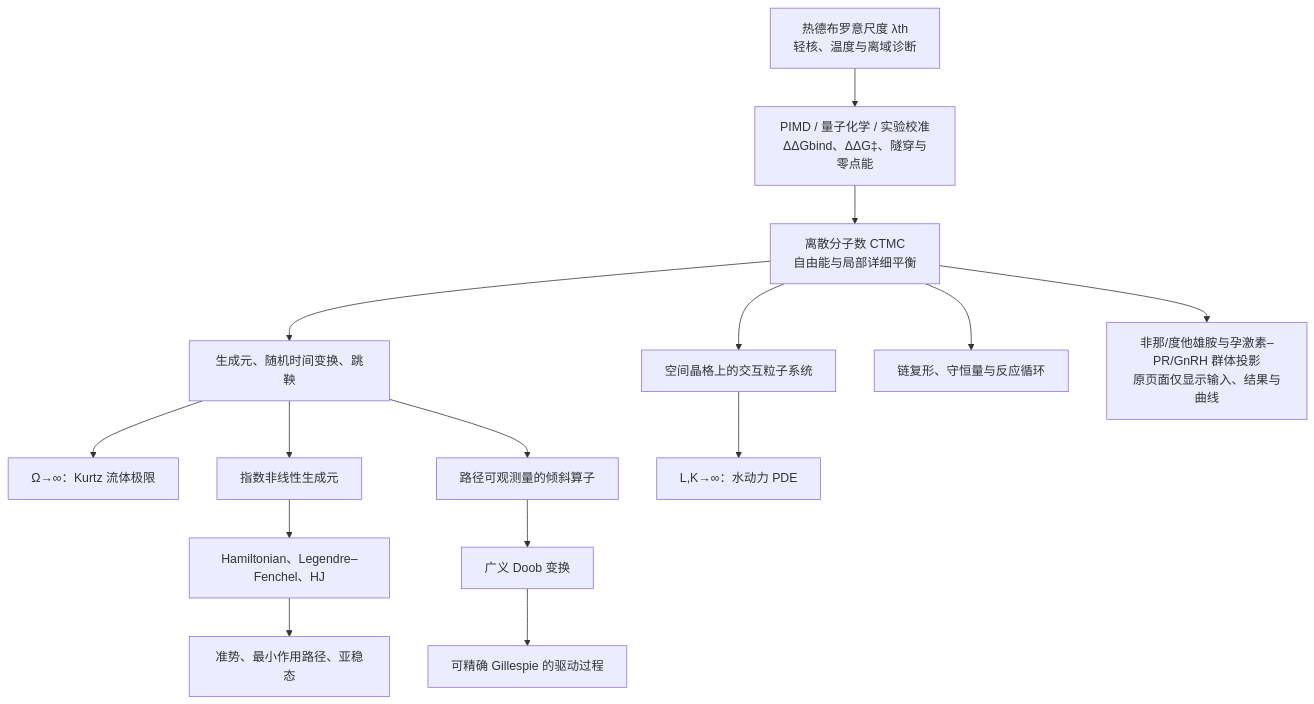
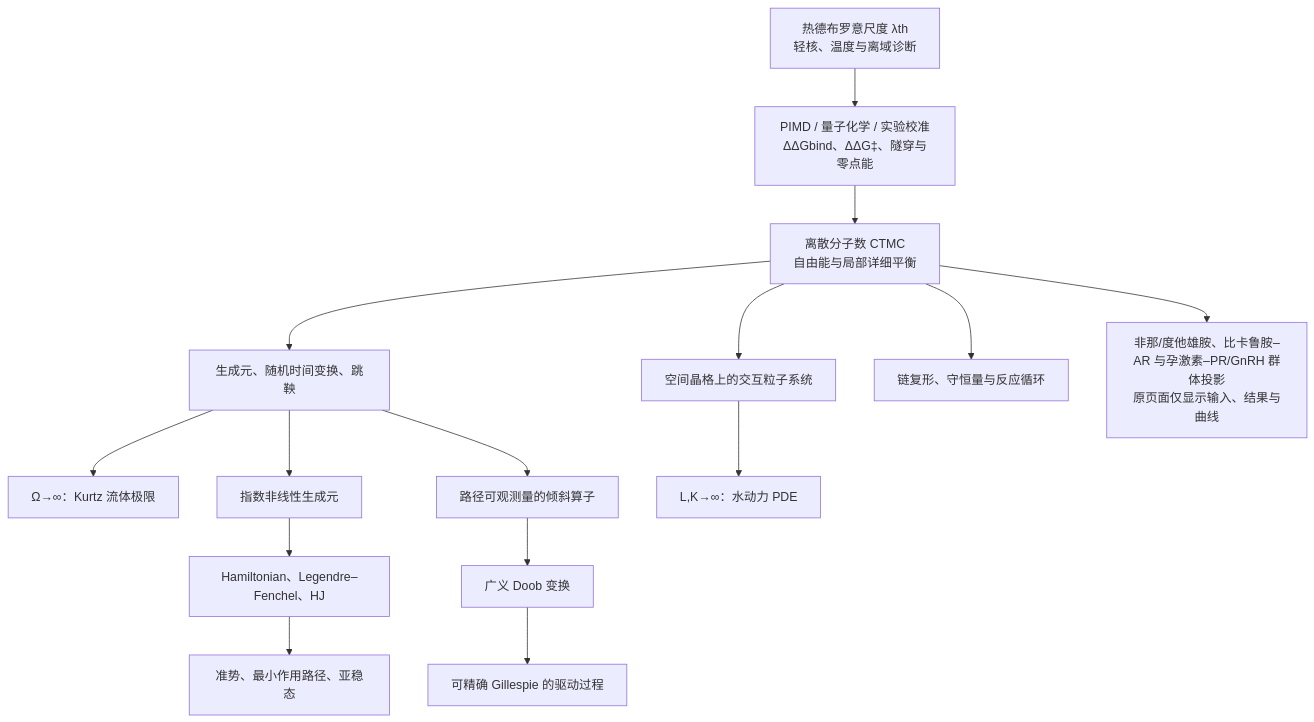
One commit to yumeminekosan/Hrt-kaffee changed the diagram in ar-kotlin/docs/FLOW_AUDIT.md. Above: the diagram before and after it, drawn with Mermaid. The commit also changed other lines of this file and 28 other files, not shown here.

````diff
--- a/ar-kotlin/docs/FLOW_AUDIT.md
+++ b/ar-kotlin/docs/FLOW_AUDIT.md
@@ -5,17 +5,17 @@
 ```mermaid
 flowchart TD
     Q["热德布罗意尺度 λth<br/>轻核、温度与离域诊断"] --> Q1["PIMD / 量子化学 / 实验校准<br/>ΔΔGbind、ΔΔG‡、隧穿与零点能"]
     Q1 --> A["离散分子数 CTMC<br/>自由能与局部详细平衡"]
     A --> B["生成元、随机时间变换、跳鞅"]
     B --> C["Ω→∞：Kurtz 流体极限"]
     B --> D["指数非线性生成元"]
     D --> E["Hamiltonian、Legendre–Fenchel、HJ"]
     E --> F["准势、最小作用路径、亚稳态"]
     B --> G["路径可观测量的倾斜算子"]
     G --> H["广义 Doob 变换"]
     H --> I["可精确 Gillespie 的驱动过程"]
     A --> J["空间晶格上的交互粒子系统"]
     J --> K["L,K→∞：水动力 PDE"]
     A --> L["链复形、守恒量与反应循环"]
-    A --> M["非那/度他雄胺与孕激素–PR/GnRH 群体投影<br/>原页面仅显示输入、结果与曲线"]
+    A --> M["非那/度他雄胺、比卡鲁胺–AR 与孕激素–PR/GnRH 群体投影<br/>原页面仅显示输入、结果与曲线"]
 ```
````
